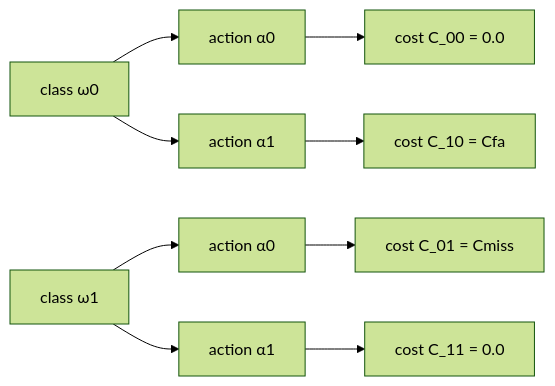
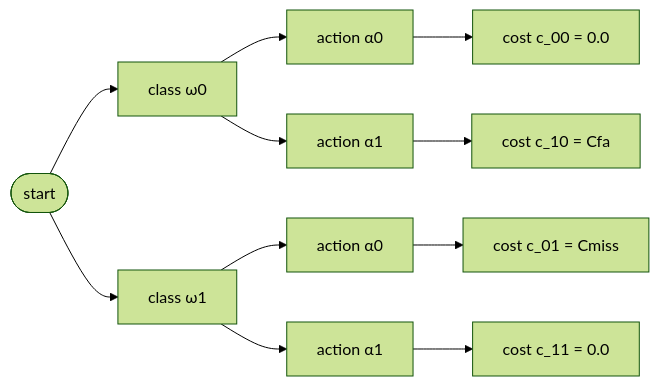
Before and after one commit to mkffl/mkffl.github.io: the diagram in _posts/2021-09-18-Decisions-Part-1.markdown, drawn with Mermaid (forest theme). The commit also changed other lines of this file, not shown here.

```diff
--- a/_posts/2021-09-18-Decisions-Part-1.markdown
+++ b/_posts/2021-09-18-Decisions-Part-1.markdown
@@ -103,11 +100,13 @@
 <div class="mermaid"> 
-    graph LR;    
+    graph LR;
+    id0([start]) --> id11[class ω0];
+    id0([start]) --> id12[class ω1];
     id11[class ω0]-->id21[α0]; 
     id11[class ω0]-->id22[α1]; 
     id12[class ω1]-->id31[α0]; 
     id12[class ω1]-->id32[α1];
-    id21[action α0] --> id41[cost C_00 = 0.0];
-    id22[action α1] --> id42[cost C_10 = Cfa];
-    id31[action α0] --> id43[cost C_01 = Cmiss];
-    id32[action α1] --> id44[cost C_11 = 0.0];
+    id21[action α0] --> id41[cost c_00 = 0.0];
+    id22[action α1] --> id42[cost c_10 = Cfa];
+    id31[action α0] --> id43[cost c_01 = Cmiss];
+    id32[action α1] --> id44[cost c_11 = 0.0];
 </div>
```
